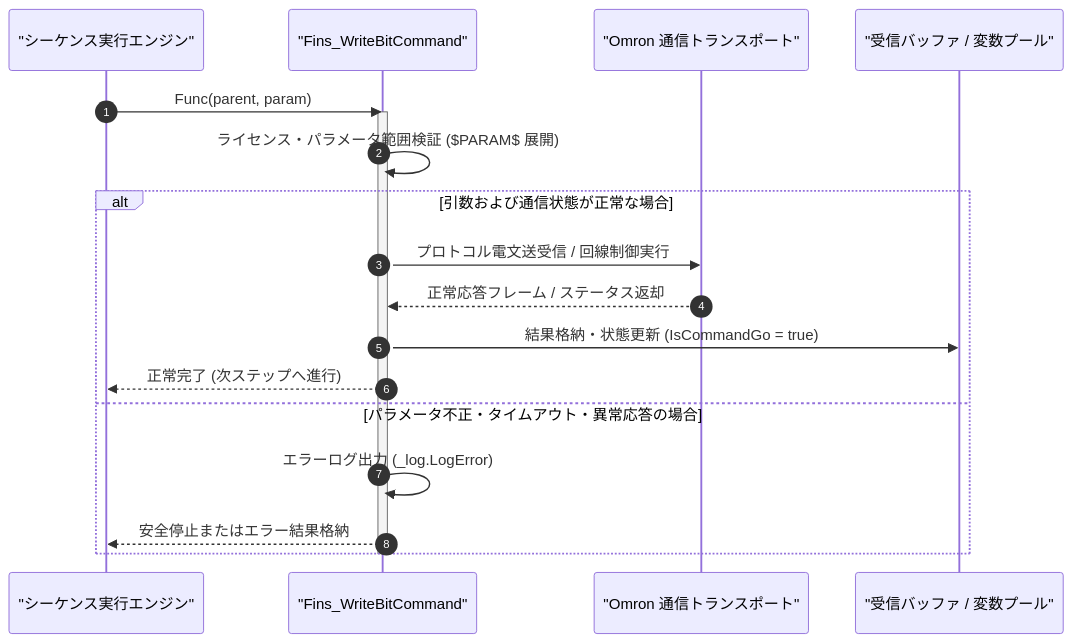
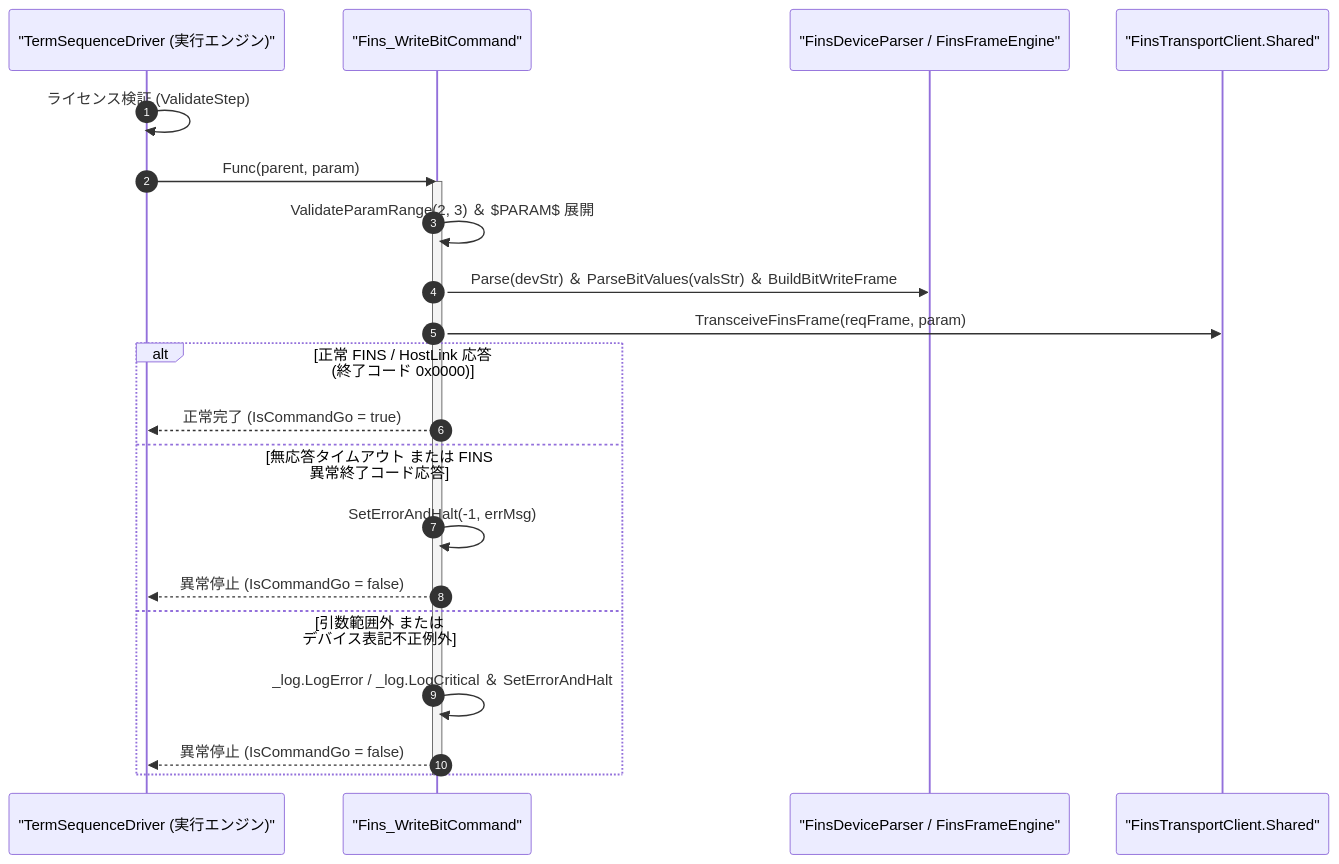
One commit to Monaca-App/TermAddIn changed the diagram in Manual/Omron/Fins_WriteBit.Md. Above: the diagram before and after it, drawn with Mermaid. The commit also changed other lines of this file and 157 other files, not shown here.

````diff
--- a/Manual/Omron/Fins_WriteBit.Md
+++ b/Manual/Omron/Fins_WriteBit.Md
@@ -63,22 +65,25 @@
 ```mermaid
 sequenceDiagram
     autonumber
-    participant Script as "シーケンス実行エンジン"
+    participant Driver as "TermSequenceDriver (実行エンジン)"
     participant Cmd as "Fins_WriteBitCommand"
-    participant Trans as "Omron 通信トランスポート"
-    participant Buf as "受信バッファ / 変数プール"
+    participant Engine as "FinsDeviceParser / FinsFrameEngine"
+    participant Trans as "FinsTransportClient.Shared"
 
-    Script->>Cmd: Func(parent, param)
+    Driver->>Driver: ライセンス検証 (ValidateStep)
+    Driver->>Cmd: Func(parent, param)
     activate Cmd
-    Cmd->>Cmd: ライセンス・パラメータ範囲検証 ($PARAM$ 展開)
-    alt 引数および通信状態が正常な場合
-        Cmd->>Trans: プロトコル電文送受信 / 回線制御実行
-        Trans-->>Cmd: 正常応答フレーム / ステータス返却
-        Cmd->>Buf: 結果格納・状態更新 (IsCommandGo = true)
-        Cmd-->>Script: 正常完了 (次ステップへ進行)
-    else パラメータ不正・タイムアウト・異常応答の場合
-        Cmd->>Cmd: エラーログ出力 (_log.LogError)
-        Cmd-->>Script: 安全停止またはエラー結果格納
+    Cmd->>Cmd: ValidateParamRange(2, 3) ＆ $PARAM$ 展開
+    Cmd->>Engine: Parse(devStr) ＆ ParseBitValues(valsStr) ＆ BuildBitWriteFrame
+    Cmd->>Trans: TransceiveFinsFrame(reqFrame, param)
+    alt 正常 FINS / HostLink 応答 (終了コード 0x0000)
+        Cmd-->>Driver: 正常完了 (IsCommandGo = true)
+    else 無応答タイムアウト または FINS 異常終了コード応答
+        Cmd->>Cmd: SetErrorAndHalt(-1, errMsg)
+        Cmd-->>Driver: 異常停止 (IsCommandGo = false)
+    else 引数範囲外 または デバイス表記不正例外
+        Cmd->>Cmd: _log.LogError / _log.LogCritical ＆ SetErrorAndHalt
+        Cmd-->>Driver: 異常停止 (IsCommandGo = false)
     end
     deactivate Cmd
 ```
````
